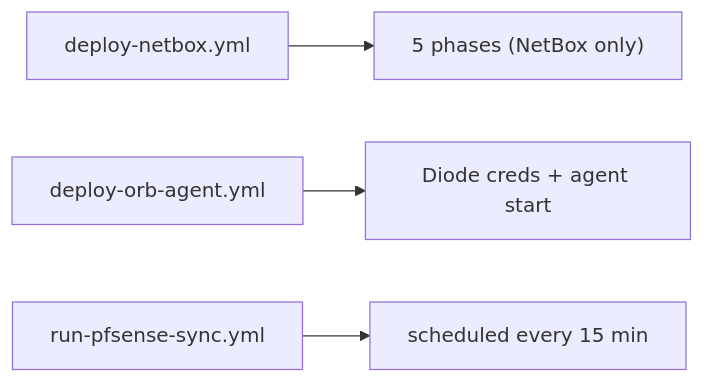
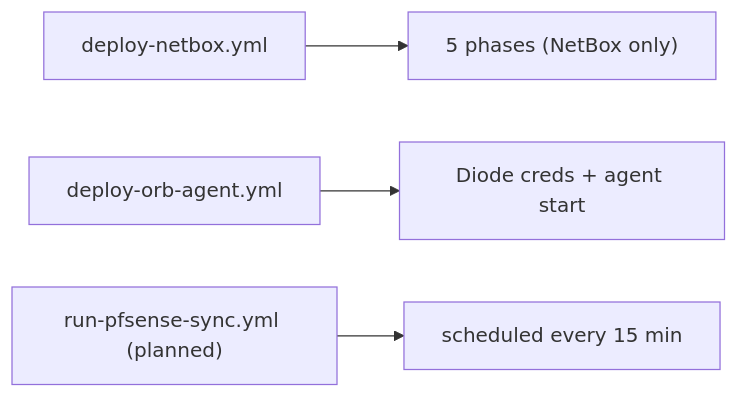
One commit to uhstray-io/agent-cloud changed the fifth of 7 diagrams in plan/architecture/01-automation-model.md. Above: the diagram before and after it, drawn with Mermaid. The commit also changed other lines of this file and 1 other file, not shown here.

Commit message:
docs: clarify implemented architecture workflows

````diff
--- a/plan/architecture/01-automation-model.md
+++ b/plan/architecture/01-automation-model.md
@@ -643,6 +646,6 @@
 ```mermaid
 flowchart LR
     D1["deploy-netbox.yml"] --> P1["5 phases (NetBox only)"]
     D2["deploy-orb-agent.yml"] --> P2["Diode creds + agent start"]
-    D3["run-pfsense-sync.yml"] --> P3["scheduled every 15 min"]
+    D3["run-pfsense-sync.yml (planned)"] --> P3["scheduled every 15 min"]
 ```
````
